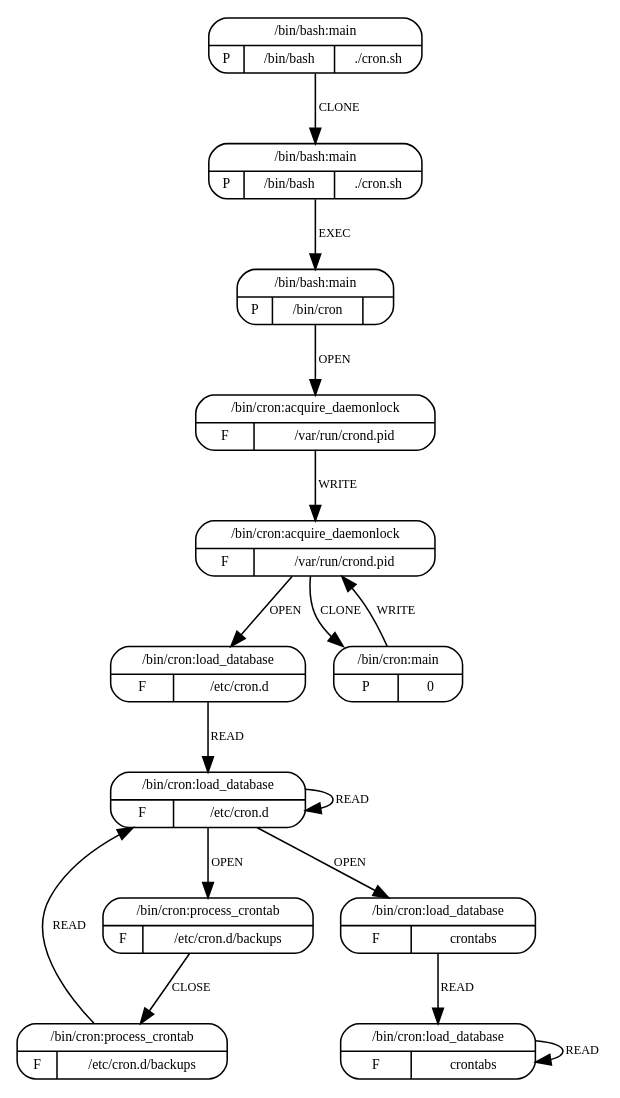
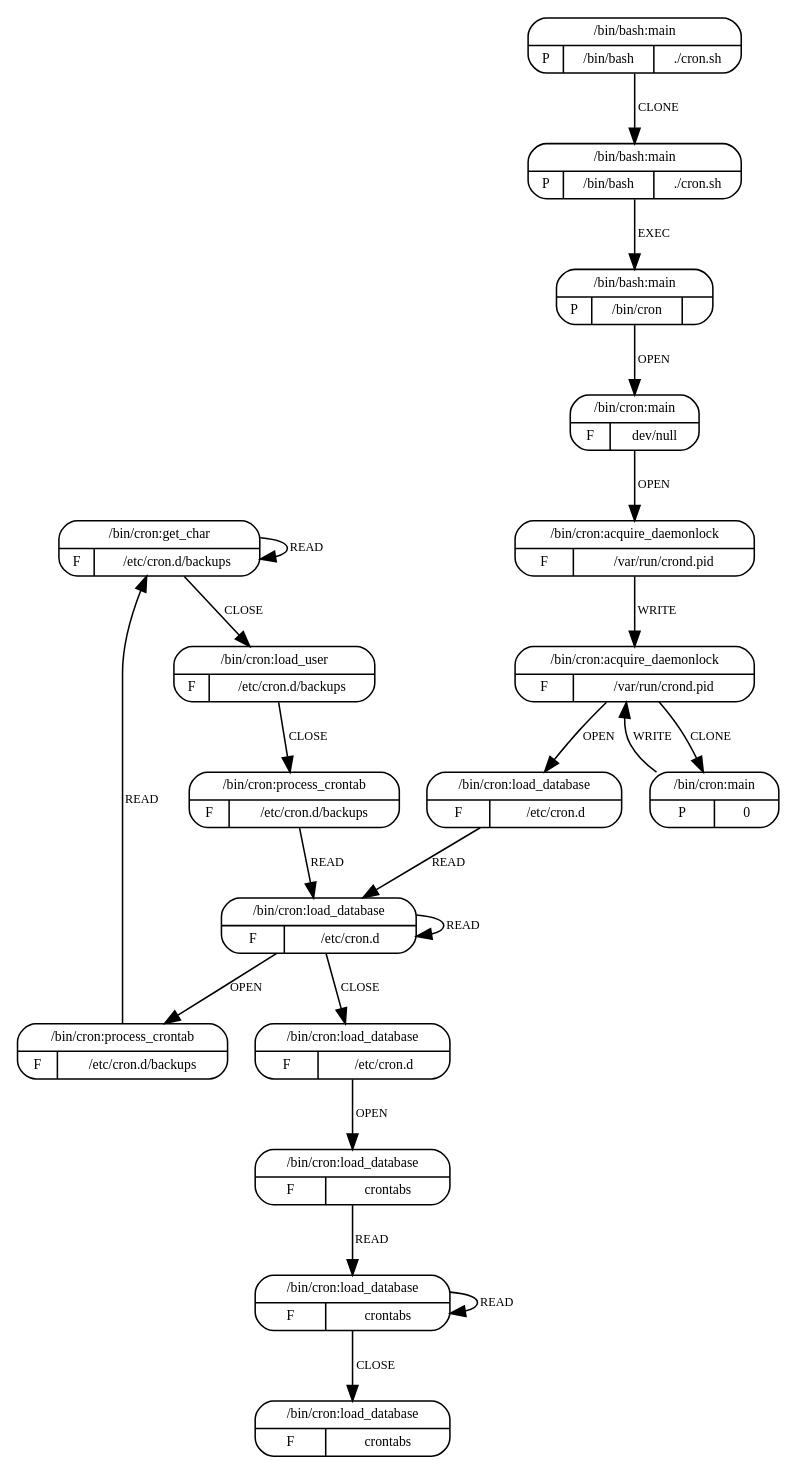
One commit to sysflow-telemetry/upolicycraft changed the diagram in plugins/mrm/resources/models/cron.dot. Above: the diagram before and after it, drawn with Graphviz. The commit also changed 6 other files, not shown here.

```diff
--- a/plugins/mrm/resources/models/cron.dot
+++ b/plugins/mrm/resources/models/cron.dot
@@ -1,46 +1,61 @@
 digraph G {
+  8 [shape=Mrecord, label="{{/bin/cron:get_char}|{F|{/etc/cron.d/backups}}}",
+     fontsize=9, ];
+  5 [shape=Mrecord,
+     label="{{/bin/cron:acquire_daemonlock}|{F|{/var/run/crond.pid}}}",
+     fontsize=9, ];
   4 [shape=Mrecord,
      label="{{/bin/cron:acquire_daemonlock}|{F|{/var/run/crond.pid}}}",
+     fontsize=9, ];
+  9 [shape=Mrecord, label="{{/bin/cron:load_user}|{F|{/etc/cron.d/backups}}}",
      fontsize=9, ];
   10 [shape=Mrecord,
       label="{{/bin/cron:process_crontab}|{F|{/etc/cron.d/backups}}}",
       fontsize=9, ];
-  11 [shape=Mrecord,
+  16 [shape=Mrecord,
       label="{{/bin/cron:process_crontab}|{F|{/etc/cron.d/backups}}}",
       fontsize=9, ];
-  6 [shape=Mrecord, label="{{/bin/cron:load_database}|{F|{/etc/cron.d}}}",
-     fontsize=9, ];
-  8 [shape=Mrecord, label="{{/bin/cron:load_database}|{F|{crontabs}}}",
-     fontsize=9, ];
-  9 [shape=Mrecord, label="{{/bin/cron:load_database}|{F|{crontabs}}}",
-     fontsize=9, ];
   7 [shape=Mrecord, label="{{/bin/cron:load_database}|{F|{/etc/cron.d}}}",
      fontsize=9, ];
-  3 [shape=Mrecord,
-     label="{{/bin/cron:acquire_daemonlock}|{F|{/var/run/crond.pid}}}",
-     fontsize=9, ];
-  5 [shape=Mrecord, label="{{/bin/cron:main}|{P|0}}", fontsize=9, ];
+  13 [shape=Mrecord, label="{{/bin/cron:load_database}|{F|{crontabs}}}",
+      fontsize=9, ];
+  15 [shape=Mrecord, label="{{/bin/cron:load_database}|{F|{crontabs}}}",
+      fontsize=9, ];
+  14 [shape=Mrecord, label="{{/bin/cron:load_database}|{F|{crontabs}}}",
+      fontsize=9, ];
+  12 [shape=Mrecord, label="{{/bin/cron:load_database}|{F|{/etc/cron.d}}}",
+      fontsize=9, ];
+  11 [shape=Mrecord, label="{{/bin/cron:load_database}|{F|{/etc/cron.d}}}",
+      fontsize=9, ];
+  6 [shape=Mrecord, label="{{/bin/cron:main}|{P|0}}", fontsize=9, ];
+  3 [shape=Mrecord, label="{{/bin/cron:main}|{F|{dev/null}}}", fontsize=9, ];
   0 [shape=Mrecord, label="{{/bin/bash:main}|{P|/bin/bash|./cron.sh}}",
      fontsize=9, ];
   1 [shape=Mrecord, label="{{/bin/bash:main}|{P|/bin/bash|./cron.sh}}",
      fontsize=9, ];
   2 [shape=Mrecord, label="{{/bin/bash:main}|{P|/bin/cron|}}", fontsize=9, ];
   
   
-  4 -> 6 [label="OPEN", fontsize=8, ];
-  4 -> 5 [label="CLONE", fontsize=8, ];
-  10 -> 11 [label="CLOSE", fontsize=8, ];
-  11 -> 7 [label="READ", fontsize=8, ];
-  6 -> 7 [label="READ", fontsize=8, ];
-  8 -> 9 [label="READ", fontsize=8, ];
-  9 -> 9 [label="READ", fontsize=8, ];
-  7 -> 10 [label="OPEN", fontsize=8, ];
-  7 -> 8 [label="OPEN", fontsize=8, ];
-  7 -> 7 [label="READ", fontsize=8, ];
-  3 -> 4 [label="WRITE", fontsize=8, ];
-  5 -> 4 [label="WRITE", fontsize=8, ];
+  8 -> 8 [label="READ", fontsize=8, ];
+  8 -> 9 [label="CLOSE", fontsize=8, ];
+  5 -> 7 [label="OPEN", fontsize=8, ];
+  5 -> 6 [label="CLONE", fontsize=8, ];
+  4 -> 5 [label="WRITE", fontsize=8, ];
+  9 -> 10 [label="CLOSE", fontsize=8, ];
+  10 -> 11 [label="READ", fontsize=8, ];
+  16 -> 8 [label="READ", fontsize=8, ];
+  7 -> 11 [label="READ", fontsize=8, ];
+  13 -> 14 [label="READ", fontsize=8, ];
+  14 -> 15 [label="CLOSE", fontsize=8, ];
+  14 -> 14 [label="READ", fontsize=8, ];
+  12 -> 13 [label="OPEN", fontsize=8, ];
+  11 -> 16 [label="OPEN", fontsize=8, ];
+  11 -> 12 [label="CLOSE", fontsize=8, ];
+  11 -> 11 [label="READ", fontsize=8, ];
+  6 -> 5 [label="WRITE", fontsize=8, ];
+  3 -> 4 [label="OPEN", fontsize=8, ];
   0 -> 1 [label="CLONE", fontsize=8, ];
   1 -> 2 [label="EXEC", fontsize=8, ];
   2 -> 3 [label="OPEN", fontsize=8, ];
   
   }
```
